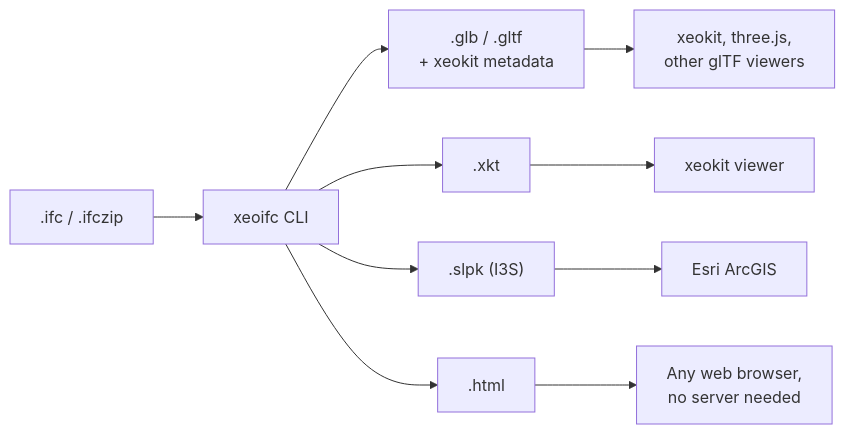
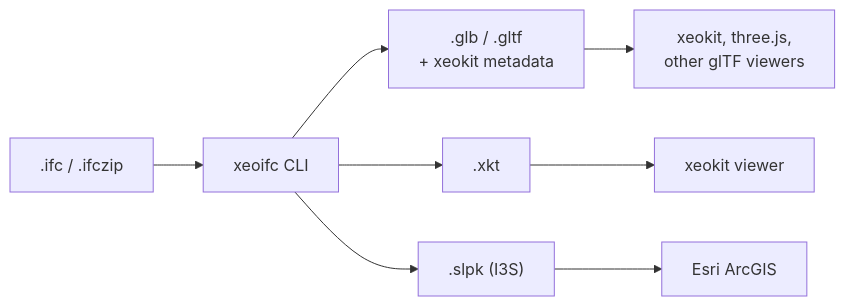
The second of 6 diagrams in README.md (xeofoundry/xeoIFC), drawn with Mermaid before and after one commit. The commit also changed other lines of this file, not shown here.

````diff
--- a/README.md
+++ b/README.md
@@ -78,8 +78,7 @@
 ```mermaid
 flowchart LR
     IFC[".ifc / .ifczip"] --> CLI["xeoifc CLI"]
     CLI --> GLB[".glb / .gltf<br/>+ xeokit metadata"] --> V1["xeokit, three.js,<br/>other glTF viewers"]
     CLI --> XKT[".xkt"] --> V2["xeokit viewer"]
     CLI --> SLPK[".slpk (I3S)"] --> V3["Esri ArcGIS"]
-    CLI --> HTML[".html"] --> V4["Any web browser,<br/>no server needed"]
 ```
````
